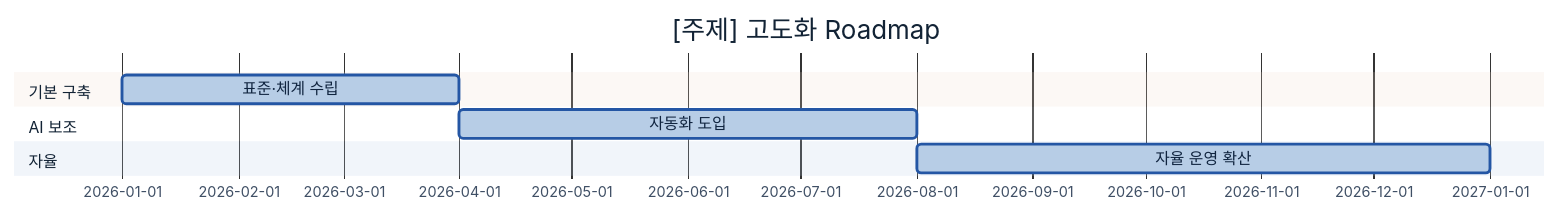
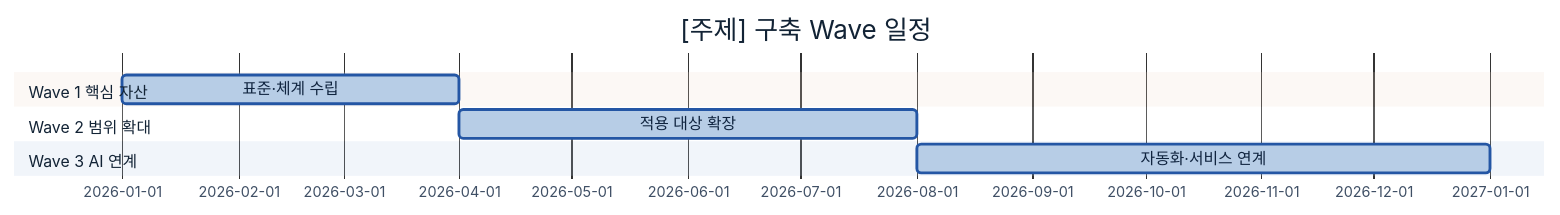
The fourth of 4 diagrams in 공통 규칙/02 다이어그램 표준.md (jin-kearney/ai-ready-data-manual), drawn with Mermaid before and after one commit. The commit also changed other lines of this file and 3 other files, not shown here.

First line of the commit message:
docs(공통규칙): 고도화 로드맵 = 달력 gantt → 성숙도 단계 + 미래 AI 자동화 전망

````diff
--- a/공통 규칙/02 다이어그램 표준.md
+++ b/공통 규칙/02 다이어그램 표준.md
@@ -155,12 +179,12 @@
 ```mermaid
 %%{init: {'theme':'base','themeVariables':{'primaryColor':'#B7CDE6','primaryBorderColor':'#2456A4','primaryTextColor':'#10243f','lineColor':'#2456A4','fontSize':'13px'}}}%%
 gantt
-    title [주제] 고도화 Roadmap
+    title [주제] 구축 Wave 일정
     dateFormat YYYY-MM
-    section 기본 구축
+    section Wave 1 핵심 자산
     표준·체계 수립        :a1, 2026-01, 3M
-    section AI 보조
-    자동화 도입           :a2, after a1, 4M
-    section 자율
-    자율 운영 확산        :a3, after a2, 5M
+    section Wave 2 범위 확대
+    적용 대상 확장        :a2, after a1, 4M
+    section Wave 3 AI 연계
+    자동화·서비스 연계    :a3, after a2, 5M
 ```
````
